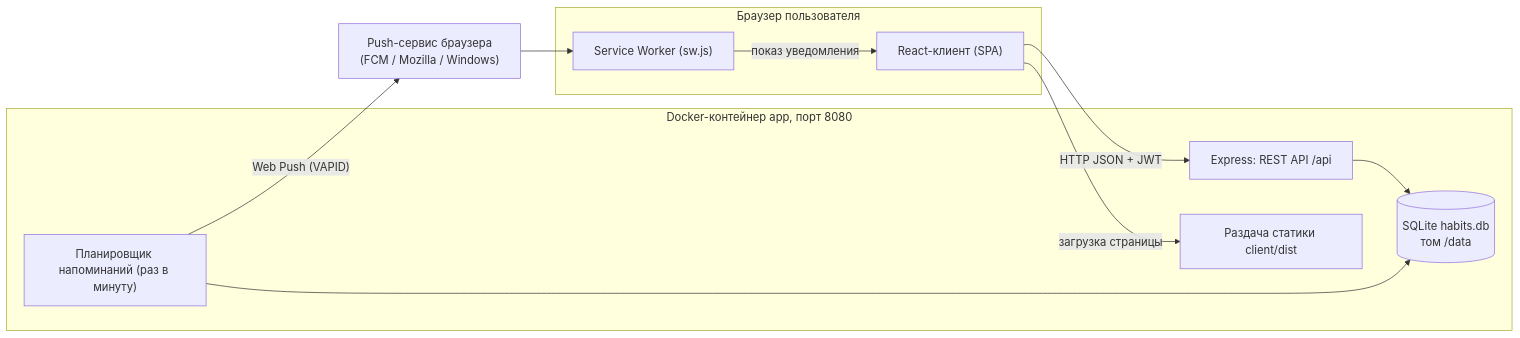
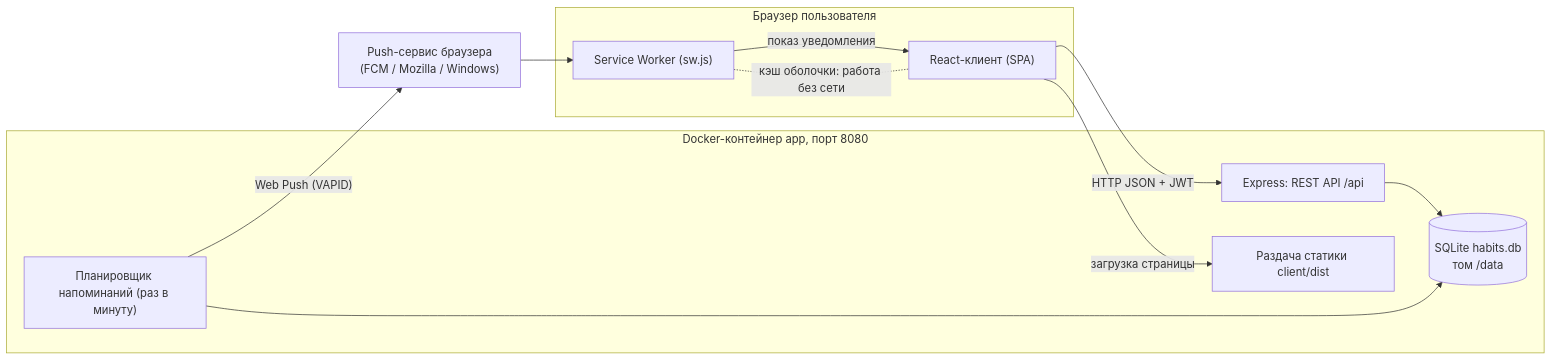
The first of 2 diagrams in docs/architecture.md (DariyaTokhtarBerikkyzy/habit-tracker), drawn with Mermaid before and after one commit. The commit also changed other lines of this file and 18 other files, not shown here.

````diff
--- a/docs/architecture.md
+++ b/docs/architecture.md
@@ -7,24 +7,25 @@
 ```mermaid
 flowchart LR
     subgraph Browser["Браузер пользователя"]
         UI["React-клиент (SPA)"]
         SW["Service Worker (sw.js)"]
     end
 
     subgraph Container["Docker-контейнер app, порт 8080"]
         API["Express: REST API /api"]
         Static["Раздача статики client/dist"]
         Sched["Планировщик напоминаний (раз в минуту)"]
         DB[("SQLite habits.db\nтом /data")]
     end
 
     PushSvc["Push-сервис браузера\n(FCM / Mozilla / Windows)"]
 
     UI -- "HTTP JSON + JWT" --> API
     UI -- "загрузка страницы" --> Static
     API --> DB
     Sched --> DB
     Sched -- "Web Push (VAPID)" --> PushSvc
     PushSvc --> SW
     SW -- "показ уведомления" --> UI
+    SW -. "кэш оболочки: работа без сети" .- UI
 ```
````
